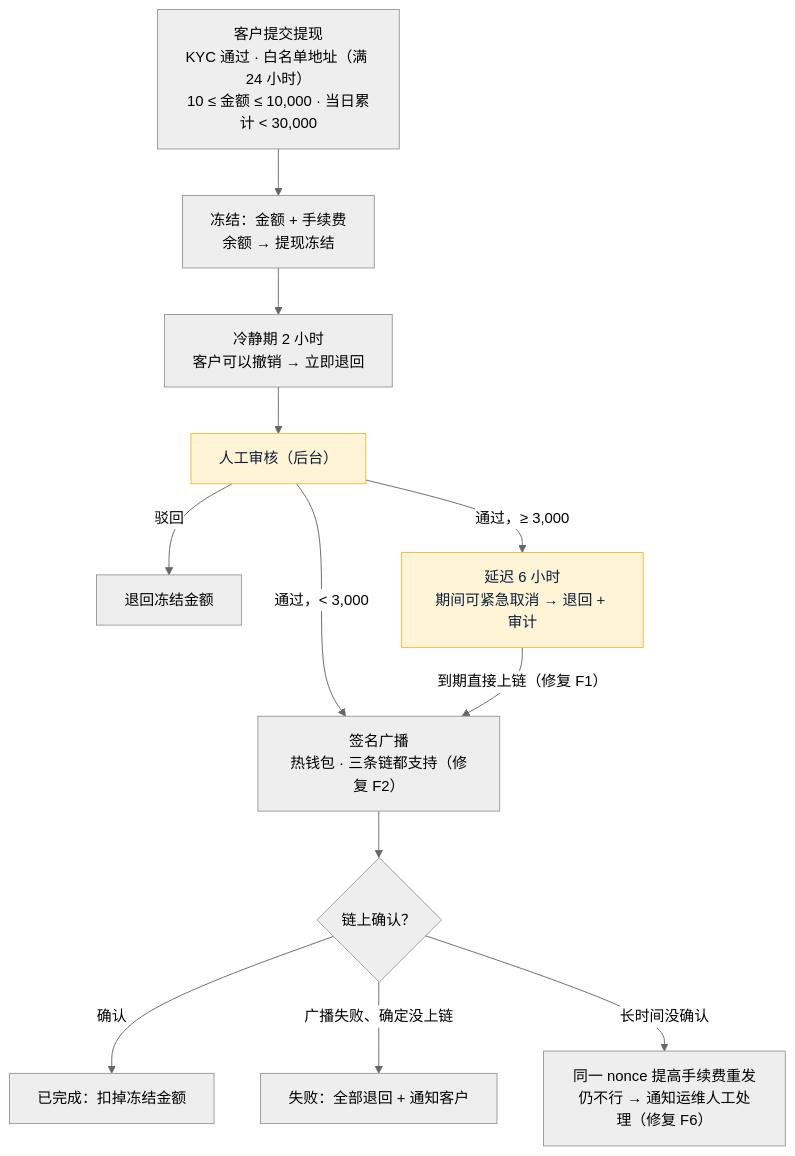
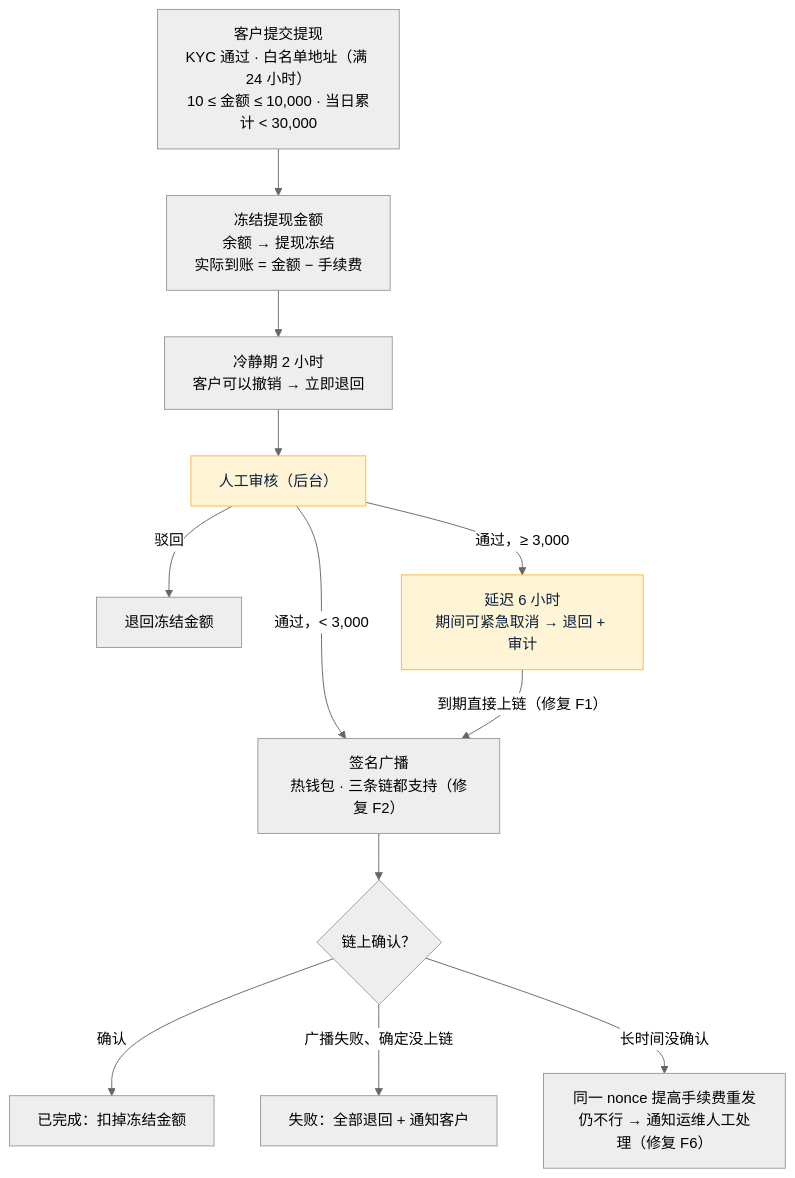
One commit to dollar3651314/falconx-lite changed the diagram in 技术方案/v1-提现方案.md. Above: the diagram before and after it, drawn with Mermaid (neutral theme). The commit also changed other lines of this file and 25 other files, not shown here.

````diff
--- a/技术方案/v1-提现方案.md
+++ b/技术方案/v1-提现方案.md
@@ -10,17 +10,17 @@
 ```mermaid
 flowchart TD
-    A["客户提交提现<br/>KYC 通过 · 白名单地址（满 24 小时）<br/>10 ≤ 金额 ≤ 10,000 · 当日累计 < 30,000"] --> F["冻结：金额 + 手续费<br/>余额 → 提现冻结"]
+    A["客户提交提现<br/>KYC 通过 · 白名单地址（满 24 小时）<br/>10 ≤ 金额 ≤ 10,000 · 当日累计 < 30,000"] --> F["冻结提现金额<br/>余额 → 提现冻结<br/>实际到账 = 金额 − 手续费"]
     F --> C["冷静期 2 小时<br/>客户可以撤销 → 立即退回"]
     C --> R["人工审核（后台）"]
     R -- 驳回 --> X["退回冻结金额"]
     R -- "通过，< 3,000" --> B
     R -- "通过，≥ 3,000" --> D["延迟 6 小时<br/>期间可紧急取消 → 退回 + 审计"]
     D -- "到期直接上链（修复 F1）" --> B["签名广播<br/>热钱包 · 三条链都支持（修复 F2）"]
     B --> K{"链上确认？"}
     K -- 确认 --> OK["已完成：扣掉冻结金额"]
     K -- "广播失败、确定没上链" --> RF["失败：全部退回 + 通知客户"]
     K -- "长时间没确认" --> T["同一 nonce 提高手续费重发<br/>仍不行 → 通知运维人工处理（修复 F6）"]
 
     classDef amos fill:#FFF4D6,stroke:#F5B83D,color:#0B1F3A
     class R,D amos
 ```
````
